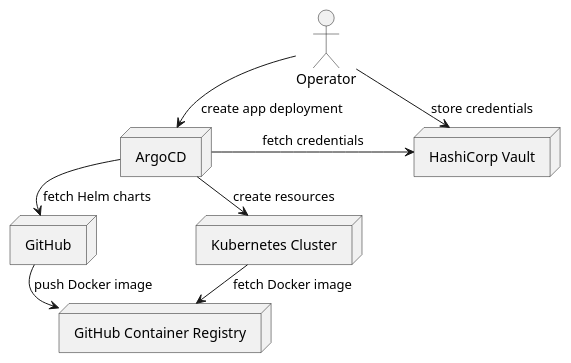
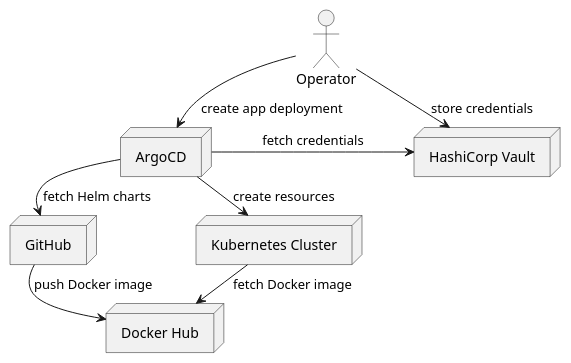
One commit to eclipse-tractusx/item-relationship-service changed the diagram in docs/src/uml-diagrams/deployment-view/deployment-chain.puml. Above: the diagram before and after it, drawn with PlantUML. The commit also changed 7 other files, not shown here.

```diff
--- a/docs/src/uml-diagrams/deployment-view/deployment-chain.puml
+++ b/docs/src/uml-diagrams/deployment-view/deployment-chain.puml
@@ -1,21 +1,21 @@
 @startuml
 skinparam monochrome true
 skinparam shadowing false
 skinparam nodesep 100
 skinparam ranksep 20
 
 node ArgoCD
 node GitHub
-node "GitHub Container Registry" as ghcr
+node "Docker Hub" as docker
 node "Kubernetes Cluster" as k8s
 node "HashiCorp Vault" as vault
 actor Operator as ops
 
 ops --> ArgoCD : create app deployment
 ops --> vault : store credentials
 ArgoCD --> GitHub : fetch Helm charts
 ArgoCD --> k8s : create resources
 ArgoCD -> vault : fetch credentials
-GitHub --> ghcr : push Docker image
-k8s --> ghcr : fetch Docker image
+GitHub --> docker : push Docker image
+k8s --> docker : fetch Docker image
 @enduml
```
